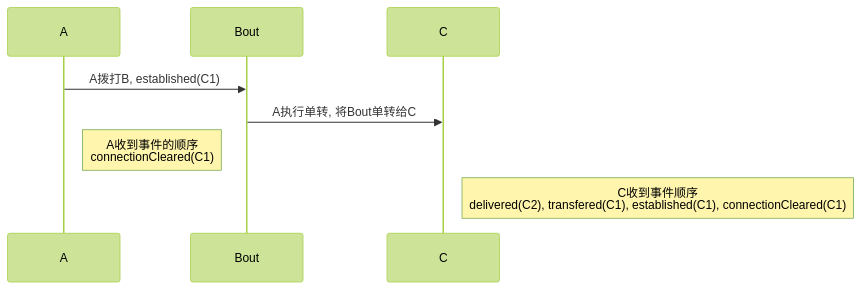
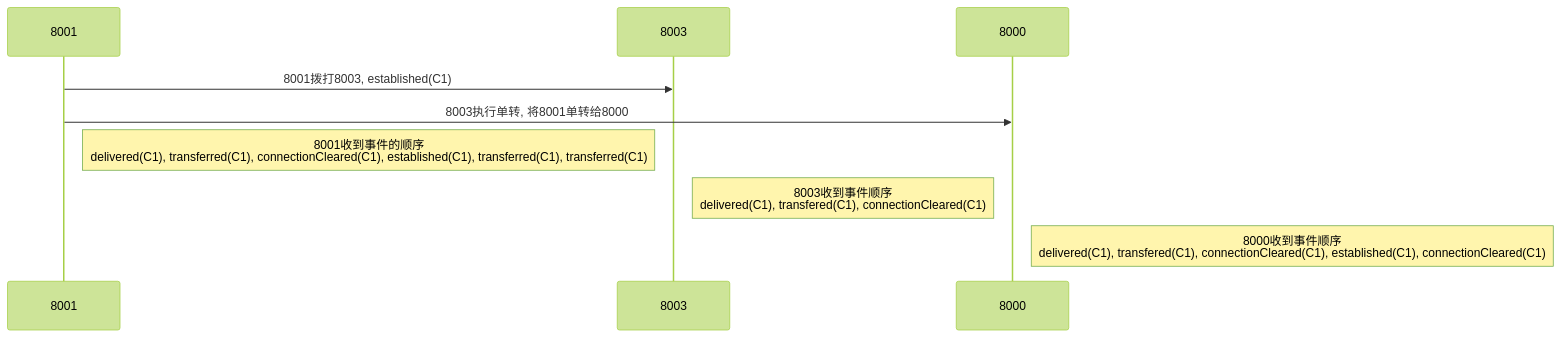
Before and after one commit to jacksmithindex001/wellclient: the first of 2 diagrams in flow.md, drawn with Mermaid (forest theme). The commit also changed other lines of this file and 1 other file, not shown here.

````diff
--- a/flow.md
+++ b/flow.md
@@ -3,10 +3,11 @@
 ```mermaid
 sequenceDiagram
-    participant A
-    participant Bout
-    participant C
-    A->>Bout: A拨打B, established(C1)
-    Bout->>C: A执行单转, 将Bout单转给C
-    Note right of A: A收到事件的顺序<br/> connectionCleared(C1)
-    Note right of C: C收到事件顺序<br/>delivered(C2), transfered(C1), established(C1), connectionCleared(C1)
+    participant 8001
+    participant 8003
+    participant 8000
+    8001->>8003: 8001拨打8003, established(C1)
+    8001->>8000: 8003执行单转, 将8001单转给8000
+    Note right of 8001: 8001收到事件的顺序<br/> delivered(C1), transferred(C1), connectionCleared(C1), established(C1), transferred(C1), transferred(C1)
+    Note right of 8003: 8003收到事件顺序<br/>delivered(C1), transfered(C1), connectionCleared(C1)
+    Note right of 8000: 8000收到事件顺序<br/>delivered(C1), transfered(C1), connectionCleared(C1), established(C1), connectionCleared(C1)
 ```
````
